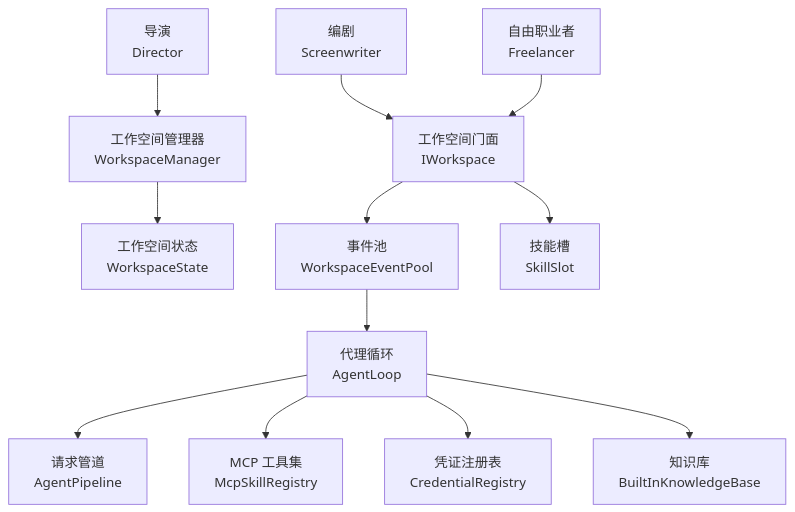
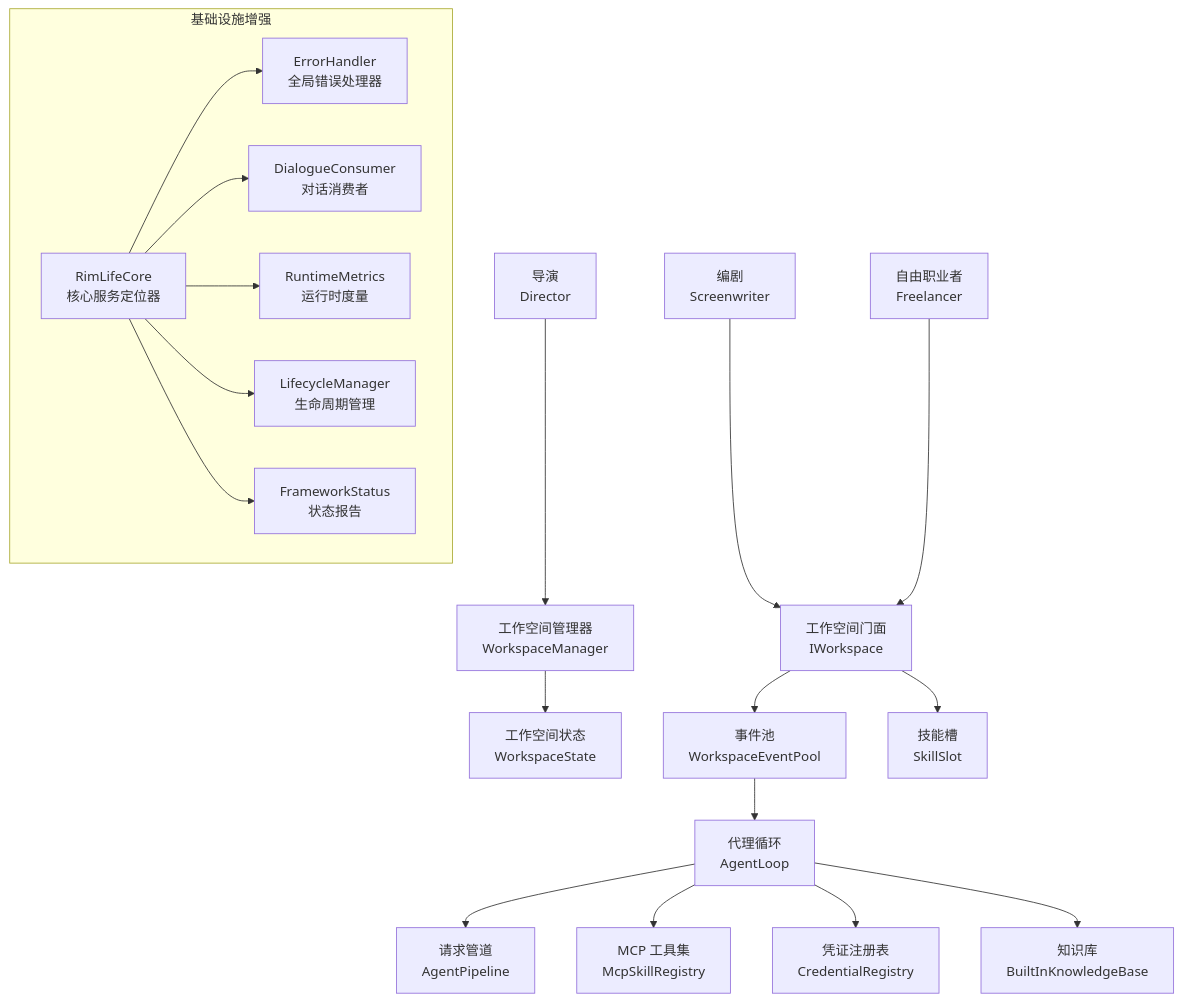
The second of 11 diagrams in .qoder/repowiki/zh/content/核心架构设计/核心架构设计.md (suzvka/RimLife), drawn with Mermaid before and after one commit. The commit also changed other lines of this file and 19 other files, not shown here.

````diff
--- a/.qoder/repowiki/zh/content/核心架构设计/核心架构设计.md
+++ b/.qoder/repowiki/zh/content/核心架构设计/核心架构设计.md
@@ -113,14 +154,27 @@
 ```mermaid
 graph TB
 Director["导演<br/>Director"] --> WSMan["工作空间管理器<br/>WorkspaceManager"]
 Screenwriter["编剧<br/>Screenwriter"] --> WSFacade["工作空间门面<br/>IWorkspace"]
 Freelancer["自由职业者<br/>Freelancer"] --> WSFacade
 WSMan --> WSState["工作空间状态<br/>WorkspaceState"]
 WSFacade --> WSEvt["事件池<br/>WorkspaceEventPool"]
 WSFacade --> SkillSlot["技能槽<br/>SkillSlot"]
 WSEvt --> Agent["代理循环<br/>AgentLoop"]
 Agent --> Pipeline["请求管道<br/>AgentPipeline"]
 Agent --> Tools["MCP 工具集<br/>McpSkillRegistry"]
 Agent --> Creds["凭证注册表<br/>CredentialRegistry"]
 Agent --> Know["知识库<br/>BuiltInKnowledgeBase"]
+subgraph "基础设施增强"
+Core["RimLifeCore<br/>核心服务定位器"]
+Err["ErrorHandler<br/>全局错误处理器"]
+Dialog["DialogueConsumer<br/>对话消费者"]
+Metrics["RuntimeMetrics<br/>运行时度量"]
+Life["LifecycleManager<br/>生命周期管理"]
+Status["FrameworkStatus<br/>状态报告"]
+end
+Core --> Err
+Core --> Dialog
+Core --> Metrics
+Core --> Life
+Core --> Status
 ```
````
